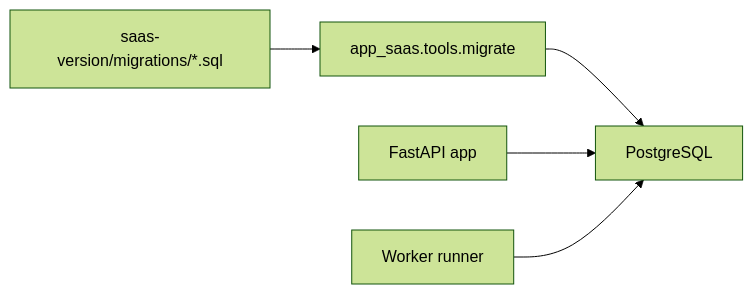
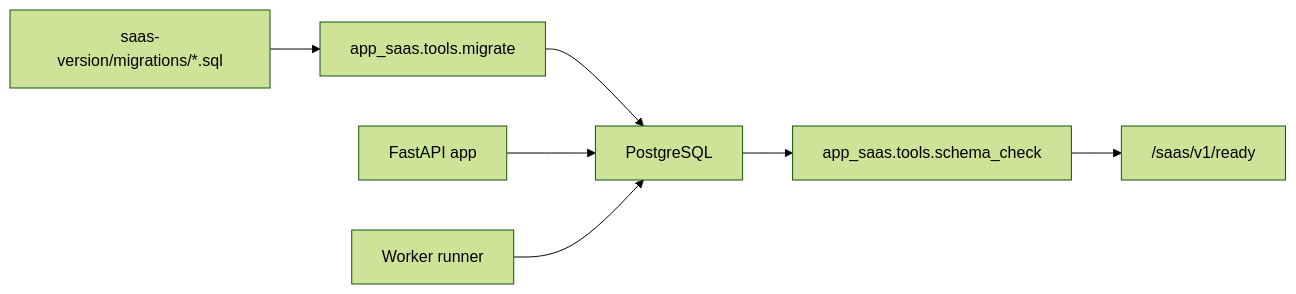
The first of 10 diagrams in architecture/DB_FLOW.md (juampa1329-debug/verane-whatsapp-ai), drawn with Mermaid (forest theme) before and after one commit. The commit also changed other lines of this file and 10 other files, not shown here.

Commit message:
docs: record schema readiness gate

````diff
--- a/architecture/DB_FLOW.md
+++ b/architecture/DB_FLOW.md
@@ -7,7 +7,9 @@
 ```mermaid
 flowchart LR
   SQL["saas-version/migrations/*.sql"] --> Migrator["app_saas.tools.migrate"]
   Migrator --> DB["PostgreSQL"]
+  DB --> SchemaCheck["app_saas.tools.schema_check"]
+  SchemaCheck --> ReadyGate["/saas/v1/ready"]
   API["FastAPI app"] --> DB
   Worker["Worker runner"] --> DB
 ```
````
